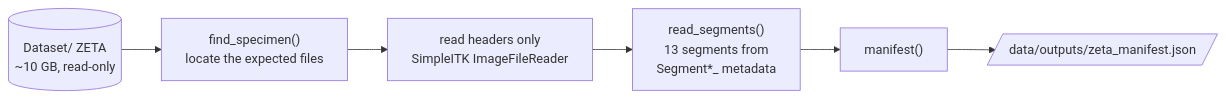
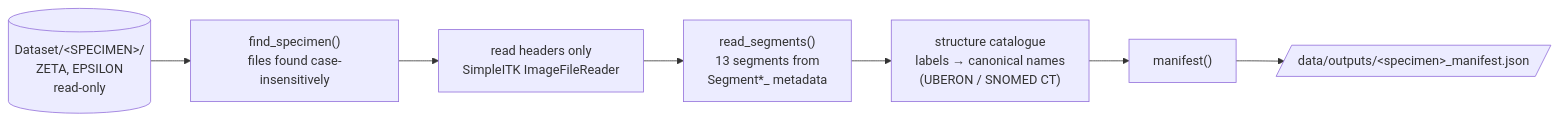
One commit to ZeeetOne/CochleaHub changed the diagram in docs/architecture/01-data.md. Above: the diagram before and after it, drawn with Mermaid. The commit also changed other lines of this file and 4 other files, not shown here.

Commit message:
docs: record several specimens and the structure catalogue (D26)

````diff
--- a/docs/architecture/01-data.md
+++ b/docs/architecture/01-data.md
@@ -6,8 +6,9 @@
 ```mermaid
 flowchart LR
-    DS[("Dataset/ ZETA<br/>~10 GB, read-only")] --> F["find_specimen()<br/>locate the expected files"]
+    DS[("Dataset/&lt;SPECIMEN&gt;/<br/>ZETA, EPSILON<br/>read-only")] --> F["find_specimen()<br/>files found case-insensitively"]
     F --> H["read headers only<br/>SimpleITK ImageFileReader"]
     H --> S["read_segments()<br/>13 segments from<br/>Segment*_ metadata"]
-    S --> M["manifest()"]
-    M --> J[/"data/outputs/zeta_manifest.json"/]
+    S --> C["structure catalogue<br/>labels → canonical names<br/>(UBERON / SNOMED CT)"]
+    C --> M["manifest()"]
+    M --> J[/"data/outputs/&lt;specimen&gt;_manifest.json"/]
 ```
````
